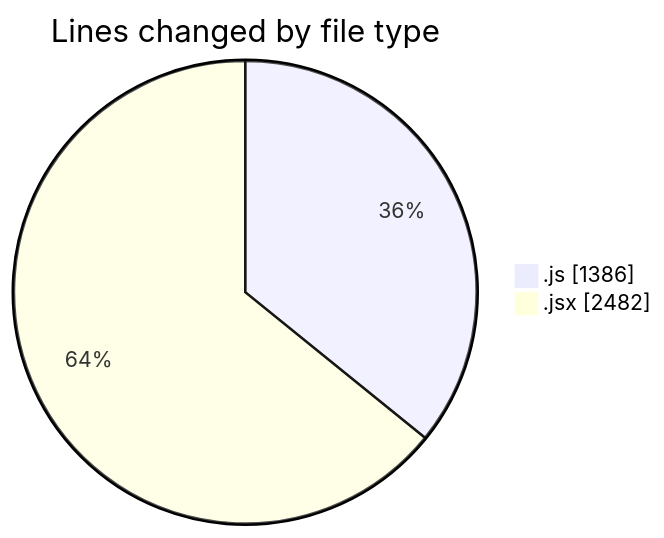
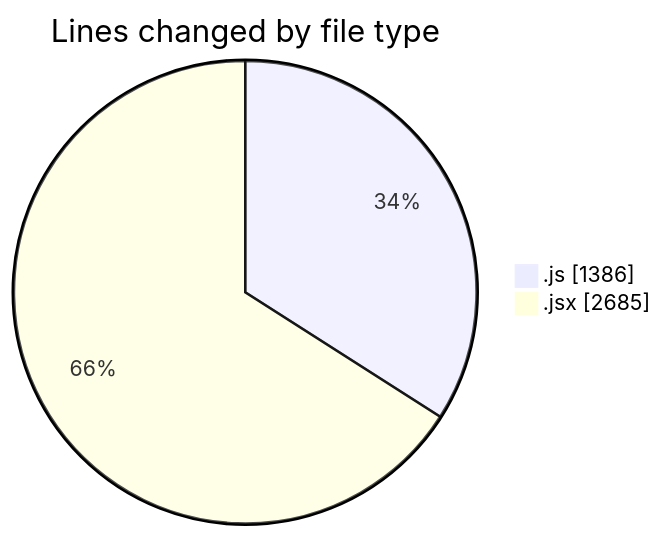
Before and after one commit to nxtqubesakshisongat/code-tracking: the first of 2 diagrams in 2025-07-29/nxtqube_webapp/README.md, drawn with Mermaid. The commit also changed other lines of this file and 1 other file, not shown here.

````diff
--- a/2025-07-29/nxtqube_webapp/README.md
+++ b/2025-07-29/nxtqube_webapp/README.md
@@ -30,6 +31,6 @@
 ```mermaid
 pie showData
 title Lines changed by file type
 ".js" : 1386
-".jsx" : 2482
+".jsx" : 2685
 ```
````
